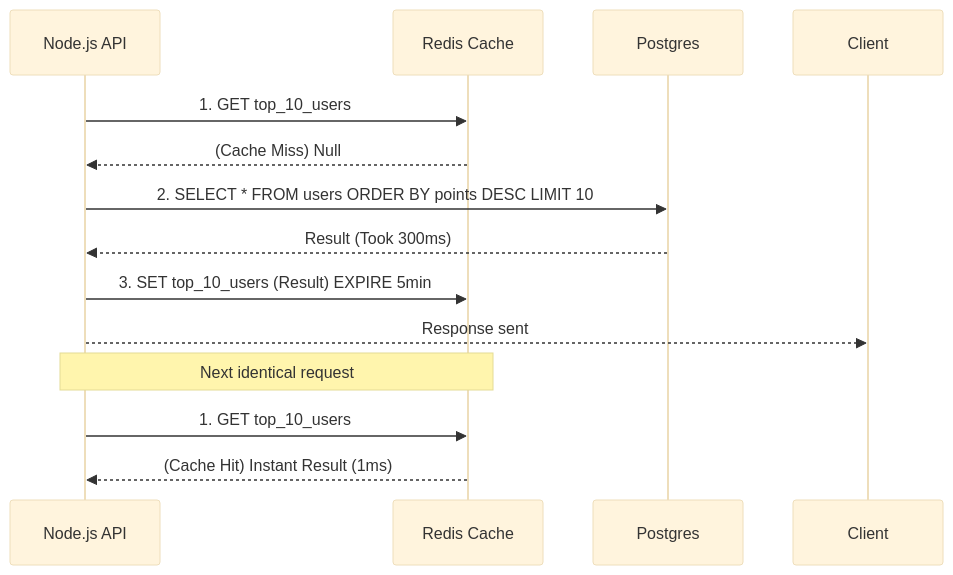
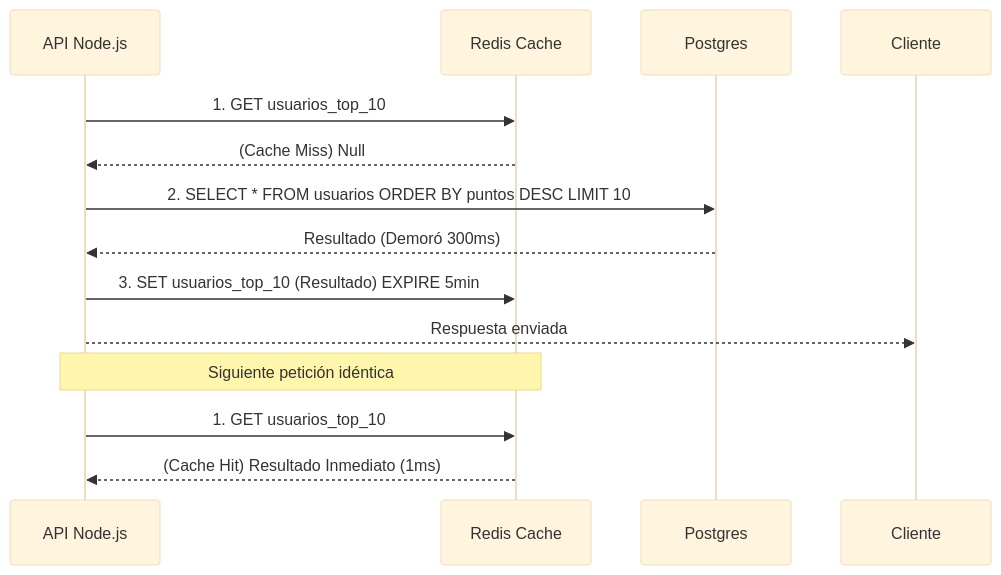
Before and after one commit to gjpierp/nmergeia: the first of 2 diagrams in public/docs/en/ext_node_experto.md, drawn with Mermaid (base theme). The commit also changed other lines of this file and 518 other files, not shown here.

````diff
--- a/public/docs/en/ext_node_experto.md
+++ b/public/docs/en/ext_node_experto.md
@@ -11,17 +11,17 @@
 ```mermaid
 sequenceDiagram
-    participant App as Node.js API
+    participant App as API Node.js
     participant Redis as Redis Cache
     participant DB as Postgres
 
-    App->>Redis: 1. GET top_10_users
+    App->>Redis: 1. GET usuarios_top_10
     Redis-->>App: (Cache Miss) Null
-    App->>DB: 2. SELECT * FROM users ORDER BY points DESC LIMIT 10
-    DB-->>App: Result (Took 300ms)
-    App->>Redis: 3. SET top_10_users (Result) EXPIRE 5min
-    App-->>Client: Response sent
+    App->>DB: 2. SELECT * FROM usuarios ORDER BY puntos DESC LIMIT 10
+    DB-->>App: Resultado (Demoró 300ms)
+    App->>Redis: 3. SET usuarios_top_10 (Resultado) EXPIRE 5min
+    App-->>Cliente: Respuesta enviada
 
-    Note over App, Redis: Next identical request
-    App->>Redis: 1. GET top_10_users
-    Redis-->>App: (Cache Hit) Instant Result (1ms)
+    Note over App, Redis: Siguiente petición idéntica
+    App->>Redis: 1. GET usuarios_top_10
+    Redis-->>App: (Cache Hit) Resultado Inmediato (1ms)
 ```
````
